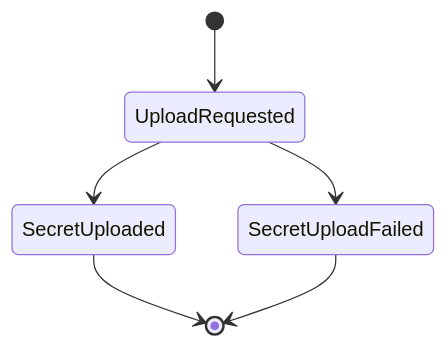
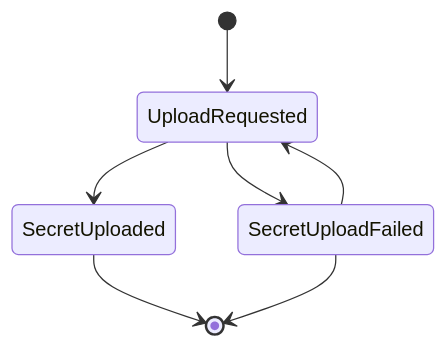
One commit to finleap-connect/monoskope changed the second of 3 diagrams in docs/architecture-decisions/ADR-3-secret-management.md. Above: the diagram before and after it, drawn with Mermaid.

Commit message:
Show retry

````diff
--- a/docs/architecture-decisions/ADR-3-secret-management.md
+++ b/docs/architecture-decisions/ADR-3-secret-management.md
@@ -101,9 +101,10 @@
 ```mermaid
 stateDiagram-v2
     [*] --> UploadRequested
     
     UploadRequested --> SecretUploaded
+    SecretUploadFailed --> UploadRequested
     UploadRequested --> SecretUploadFailed
     SecretUploaded --> [*]
     SecretUploadFailed --> [*]
 ```
````
